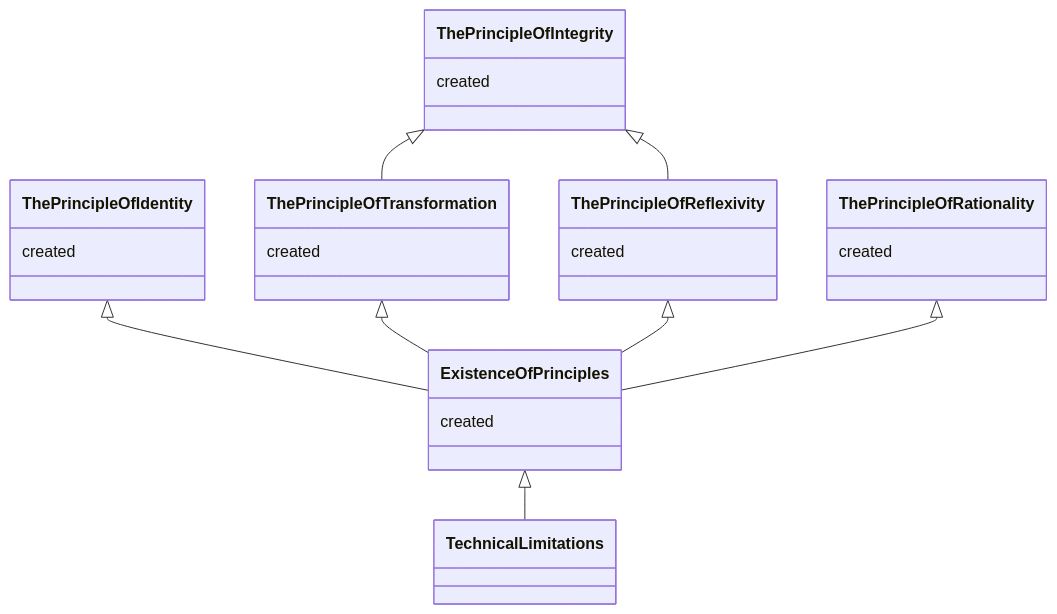
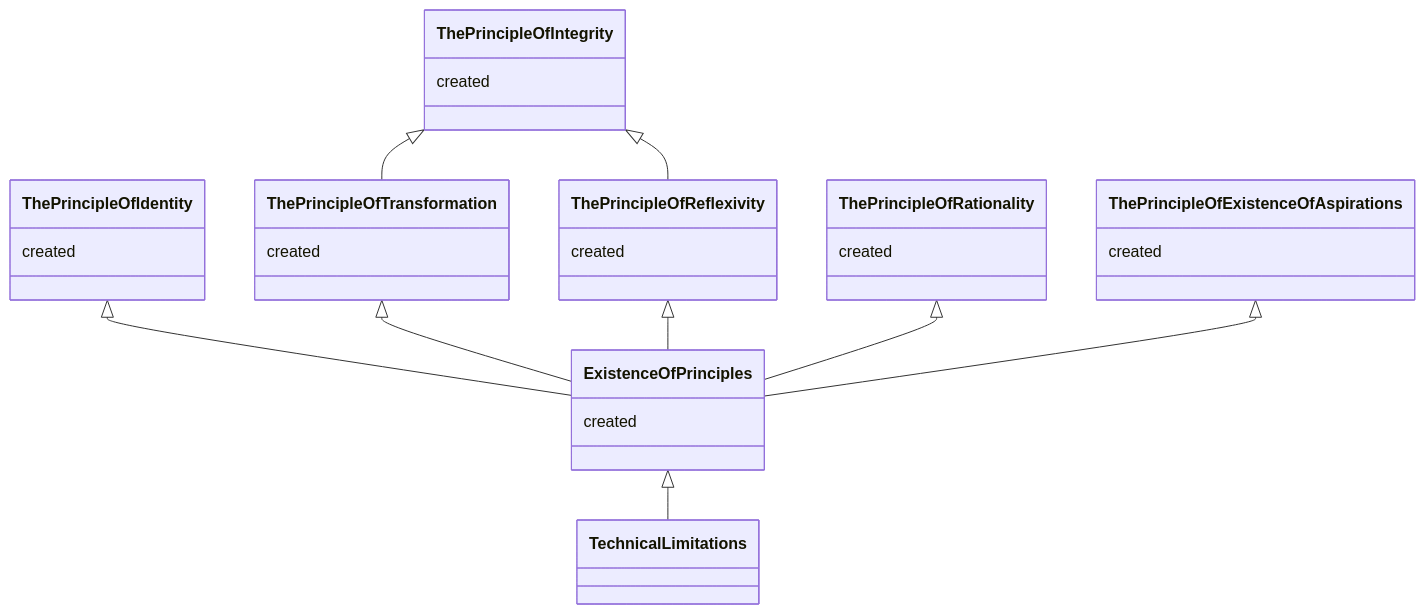
Before and after one commit to the-laurel/chain-proposals: the third of 5 diagrams in evmos/PrecedenceGraph.md, drawn with Mermaid. The commit also changed other lines of this file, not shown here.

````diff
--- a/evmos/PrecedenceGraph.md
+++ b/evmos/PrecedenceGraph.md
@@ -71,46 +71,51 @@
 ```mermaid
 classDiagram
 
 class The Principle Of Reflexivity  {
   created
 }
 link The Principle Of Reflexivity "https://github.com/the-laurel/chain-proposals/blob/main/evmos/PrincipleOfReflexivity.md" 
 
 class The Principle Of Identity  {
   created
 }
 link The Principle Of Identity "https://github.com/the-laurel/chain-proposals/blob/main/evmos/PrincipleOfIdentity.md" 
 
 class The Principle Of Transformation  {
   created
 }
 link The Principle Of Transformation "https://github.com/the-laurel/chain-proposals/blob/main/evmos/PrincipleOfTransformation.md" 
 
 class Existence Of Principles {
   created
 }
 link Existence Of Principles "https://github.com/the-laurel/chain-proposals/blob/main/evmos/ExistenceOfPrinciples.md" 
 
 class The Principle Of Integrity {
   created
 }
 link The Principle Of Integrity "https://github.com/the-laurel/chain-proposals/blob/main/evmos/PrincipleOfIntegrity.md"
 
 class The Principle Of Rationality {
   created
 }
 link The Principle Of Rationality "https://github.com/the-laurel/chain-proposals/blob/main/evmos/PrincipleOfRationality.md" 
 
+class The Principle Of Existence Of Aspirations {
+  created
+}
+link The Principle Of Existence Of Aspirations "https://github.com/the-laurel/chain-proposals/blob/main/evmos/PrincipleOfExistenceOfAspirations.md" 
+
 The Principle Of Integrity  <|-- The Principle Of Transformation
 The Principle Of Integrity  <|-- The Principle Of Reflexivity
 
 The Principle Of Identity  <|-- Existence Of Principles 
 The Principle Of Transformation <|-- Existence Of Principles 
 The Principle Of Reflexivity <|-- Existence Of Principles 
 The Principle Of Rationality <|-- Existence Of Principles
+The Principle Of Existence Of Aspirations <|-- Existence Of Principles
 
 Existence Of Principles <|-- Technical Limitations
 
 
-
 ```
````
